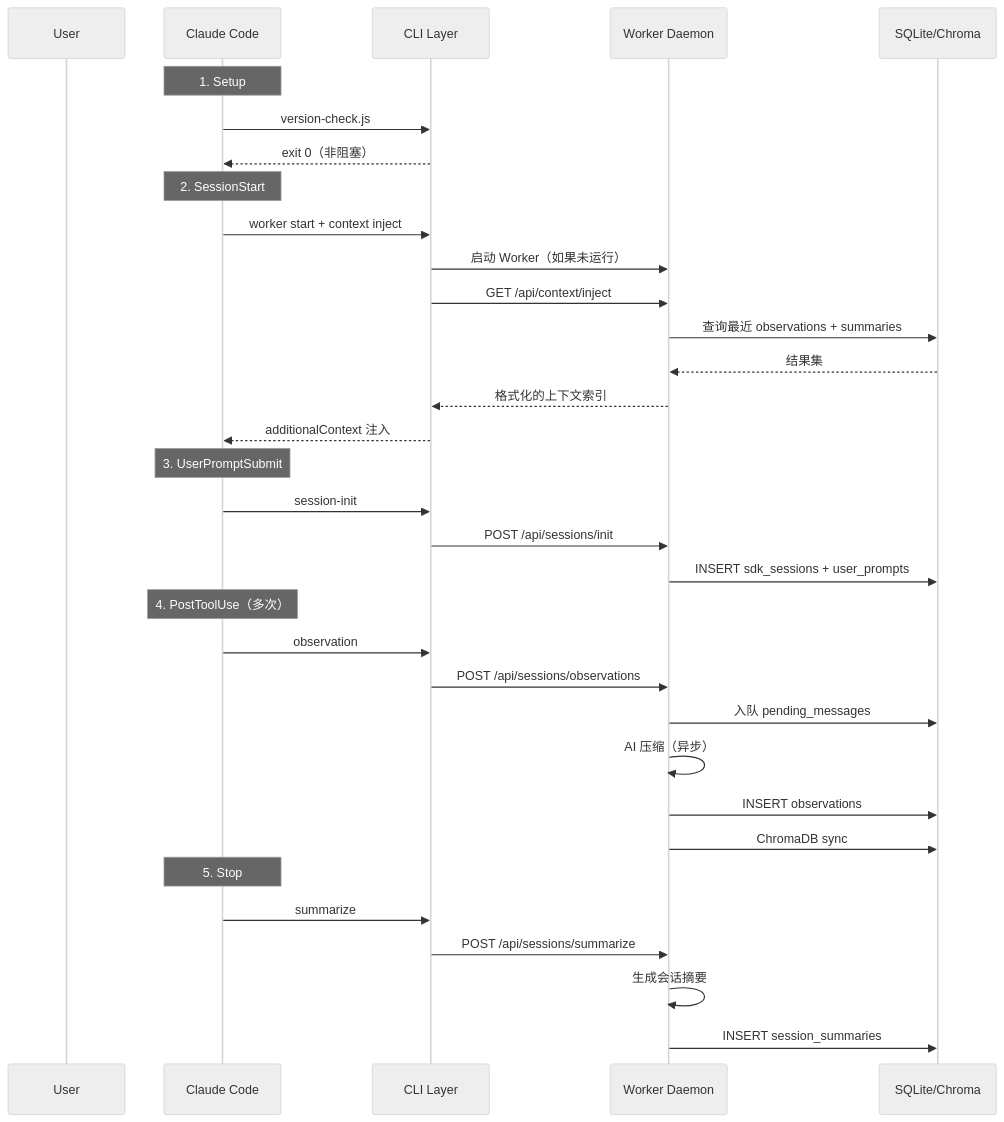
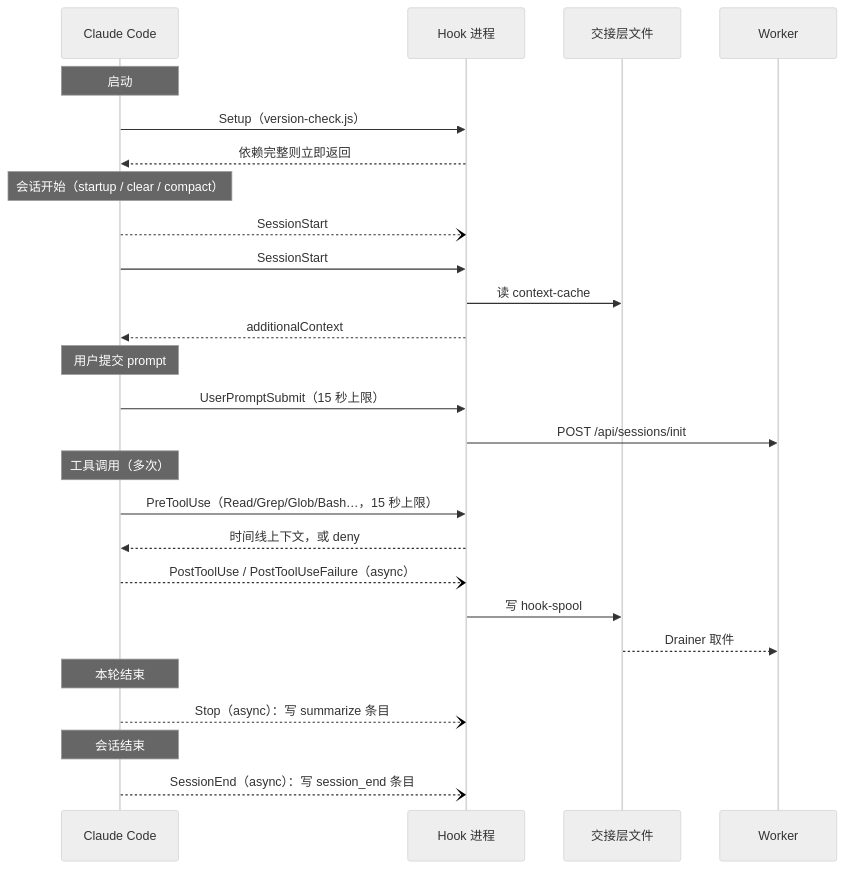
The second of 3 diagrams in 02-architecture/ch04-system-overview/README.md (diguike/book-claude-mem), drawn with Mermaid (neutral theme) before and after one commit. The commit also changed other lines of this file and 155 other files, not shown here.

````diff
--- a/02-architecture/ch04-system-overview/README.md
+++ b/02-architecture/ch04-system-overview/README.md
@@ -142,40 +214,29 @@
 ```mermaid
 sequenceDiagram
-    participant User
-    participant Claude as Claude Code
-    participant Hook as CLI Layer
-    participant Worker as Worker Daemon
-    participant DB as SQLite/Chroma
+    participant CC as Claude Code
+    participant H as Hook 进程
+    participant F as 交接层文件
+    participant W as Worker
 
-    Note over Claude: 1. Setup
-    Claude->>Hook: version-check.js
-    Hook-->>Claude: exit 0（非阻塞）
-
-    Note over Claude: 2. SessionStart
-    Claude->>Hook: worker start + context inject
-    Hook->>Worker: 启动 Worker（如果未运行）
-    Hook->>Worker: GET /api/context/inject
-    Worker->>DB: 查询最近 observations + summaries
-    DB-->>Worker: 结果集
-    Worker-->>Hook: 格式化的上下文索引
-    Hook-->>Claude: additionalContext 注入
-
-    Note over Claude: 3. UserPromptSubmit
-    Claude->>Hook: session-init
-    Hook->>Worker: POST /api/sessions/init
-    Worker->>DB: INSERT sdk_sessions + user_prompts
-
-    Note over Claude: 4. PostToolUse（多次）
-    Claude->>Hook: observation
-    Hook->>Worker: POST /api/sessions/observations
-    Worker->>DB: 入队 pending_messages
-    Worker->>Worker: AI 压缩（异步）
-    Worker->>DB: INSERT observations
-    Worker->>DB: ChromaDB sync
-
-    Note over Claude: 5. Stop
-    Claude->>Hook: summarize
-    Hook->>Worker: POST /api/sessions/summarize
-    Worker->>Worker: 生成会话摘要
-    Worker->>DB: INSERT session_summaries
+    Note over CC: 启动
+    CC->>H: Setup（version-check.js）
+    H-->>CC: 依赖完整则立即返回
+    Note over CC: 会话开始（startup / clear / compact）
+    CC--)H: SessionStart #1：worker start（async）
+    CC->>H: SessionStart #2：context
+    H->>F: 读 context-cache
+    H-->>CC: additionalContext
+    Note over CC: 用户提交 prompt
+    CC->>H: UserPromptSubmit（15 秒上限）
+    H->>W: POST /api/sessions/init
+    Note over CC: 工具调用（多次）
+    CC->>H: PreToolUse（Read/Grep/Glob/Bash…，15 秒上限）
+    H-->>CC: 时间线上下文，或 deny
+    CC--)H: PostToolUse / PostToolUseFailure（async）
+    H->>F: 写 hook-spool
+    F-->>W: Drainer 取件
+    Note over CC: 本轮结束
+    CC--)H: Stop（async）：写 summarize 条目
+    Note over CC: 会话结束
+    CC--)H: SessionEnd（async）：写 session_end 条目
 ```
````
